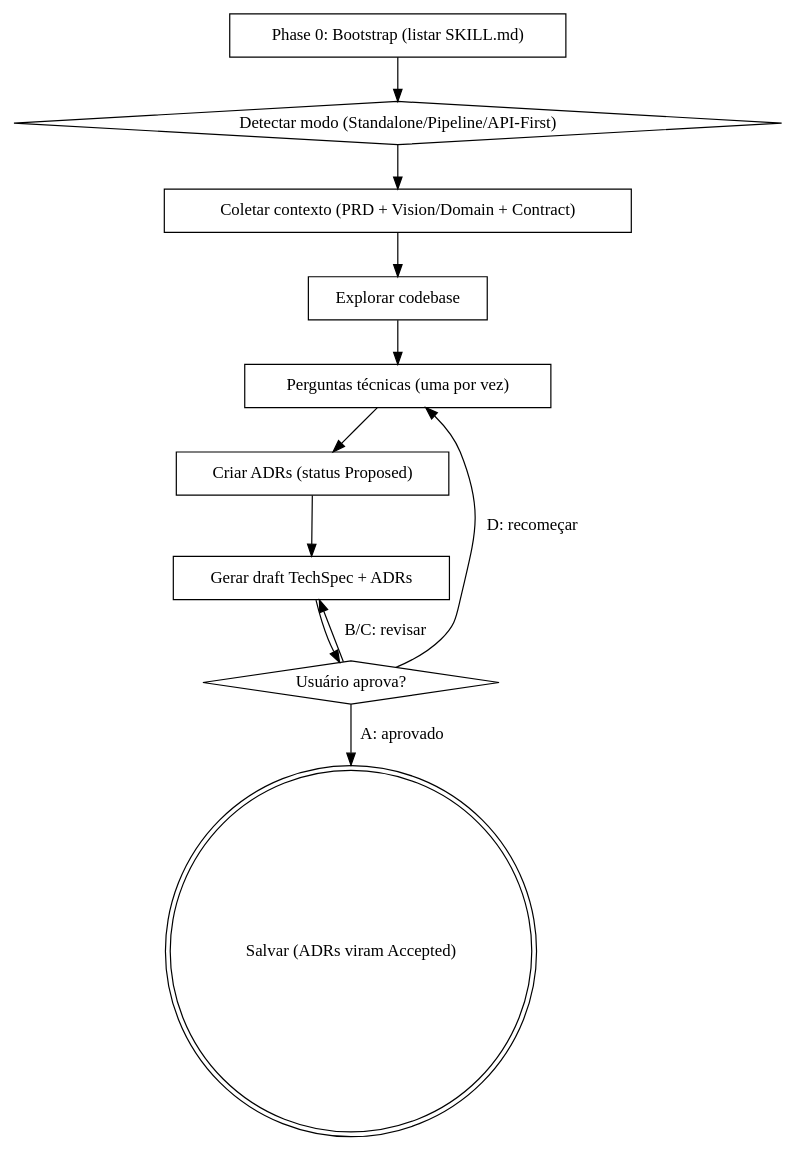
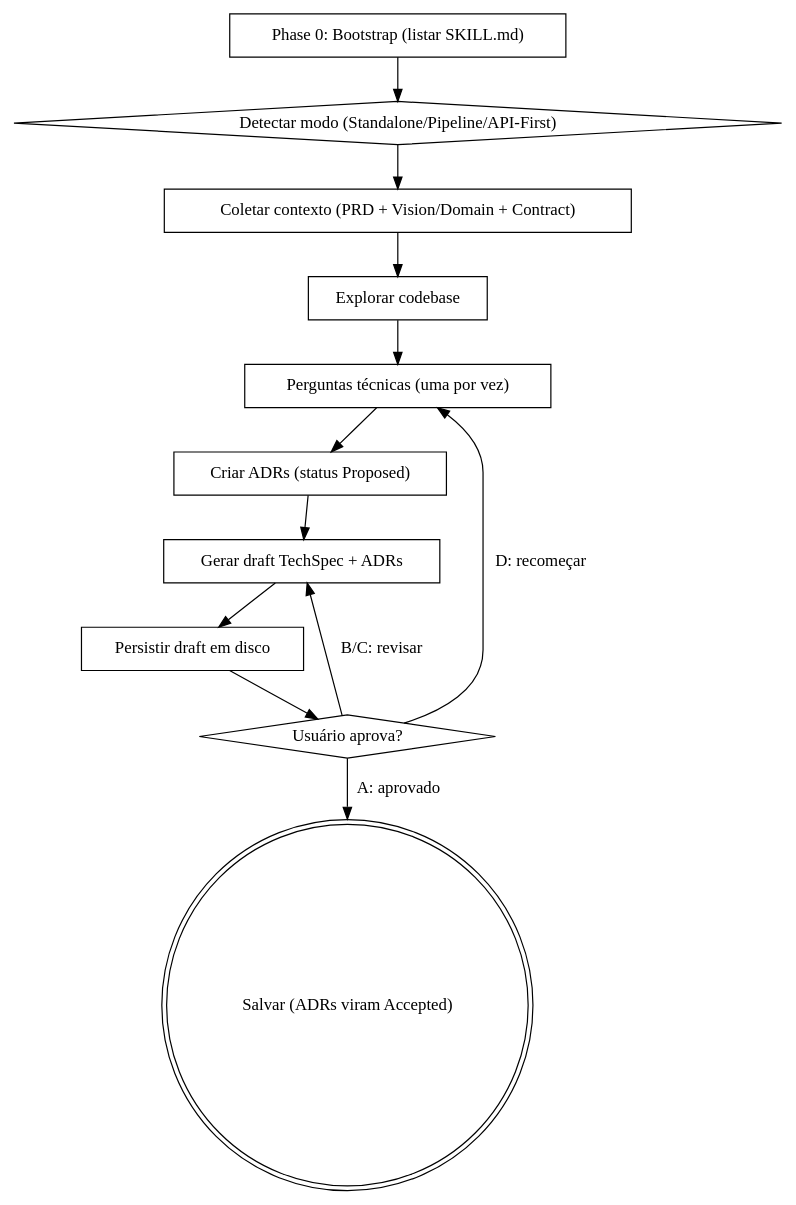
The diagram in skills/tsg-flow-techspec-creator/SKILL.md (tassosgomes/my-skills), drawn with Graphviz before and after one commit. The commit also changed other lines of this file and 6 other files, not shown here.

````diff
--- a/skills/tsg-flow-techspec-creator/SKILL.md
+++ b/skills/tsg-flow-techspec-creator/SKILL.md
@@ -388,24 +405,26 @@
 ```dot
 digraph create_techspec {
     "Phase 0: Bootstrap (listar SKILL.md)" [shape=box];
     "Detectar modo (Standalone/Pipeline/API-First)" [shape=diamond];
     "Coletar contexto (PRD + Vision/Domain + Contract)" [shape=box];
     "Explorar codebase" [shape=box];
     "Perguntas técnicas (uma por vez)" [shape=box];
     "Criar ADRs (status Proposed)" [shape=box];
     "Gerar draft TechSpec + ADRs" [shape=box];
+    "Persistir draft em disco" [shape=box];
     "Usuário aprova?" [shape=diamond];
     "Salvar (ADRs viram Accepted)" [shape=doublecircle];
 
     "Phase 0: Bootstrap (listar SKILL.md)" -> "Detectar modo (Standalone/Pipeline/API-First)";
     "Detectar modo (Standalone/Pipeline/API-First)" -> "Coletar contexto (PRD + Vision/Domain + Contract)";
     "Coletar contexto (PRD + Vision/Domain + Contract)" -> "Explorar codebase";
     "Explorar codebase" -> "Perguntas técnicas (uma por vez)";
     "Perguntas técnicas (uma por vez)" -> "Criar ADRs (status Proposed)";
     "Criar ADRs (status Proposed)" -> "Gerar draft TechSpec + ADRs";
-    "Gerar draft TechSpec + ADRs" -> "Usuário aprova?";
+    "Gerar draft TechSpec + ADRs" -> "Persistir draft em disco";
+    "Persistir draft em disco" -> "Usuário aprova?";
     "Usuário aprova?" -> "Gerar draft TechSpec + ADRs" [label="B/C: revisar"];
     "Usuário aprova?" -> "Perguntas técnicas (uma por vez)" [label="D: recomeçar"];
     "Usuário aprova?" -> "Salvar (ADRs viram Accepted)" [label="A: aprovado"];
 }
 ```
````
